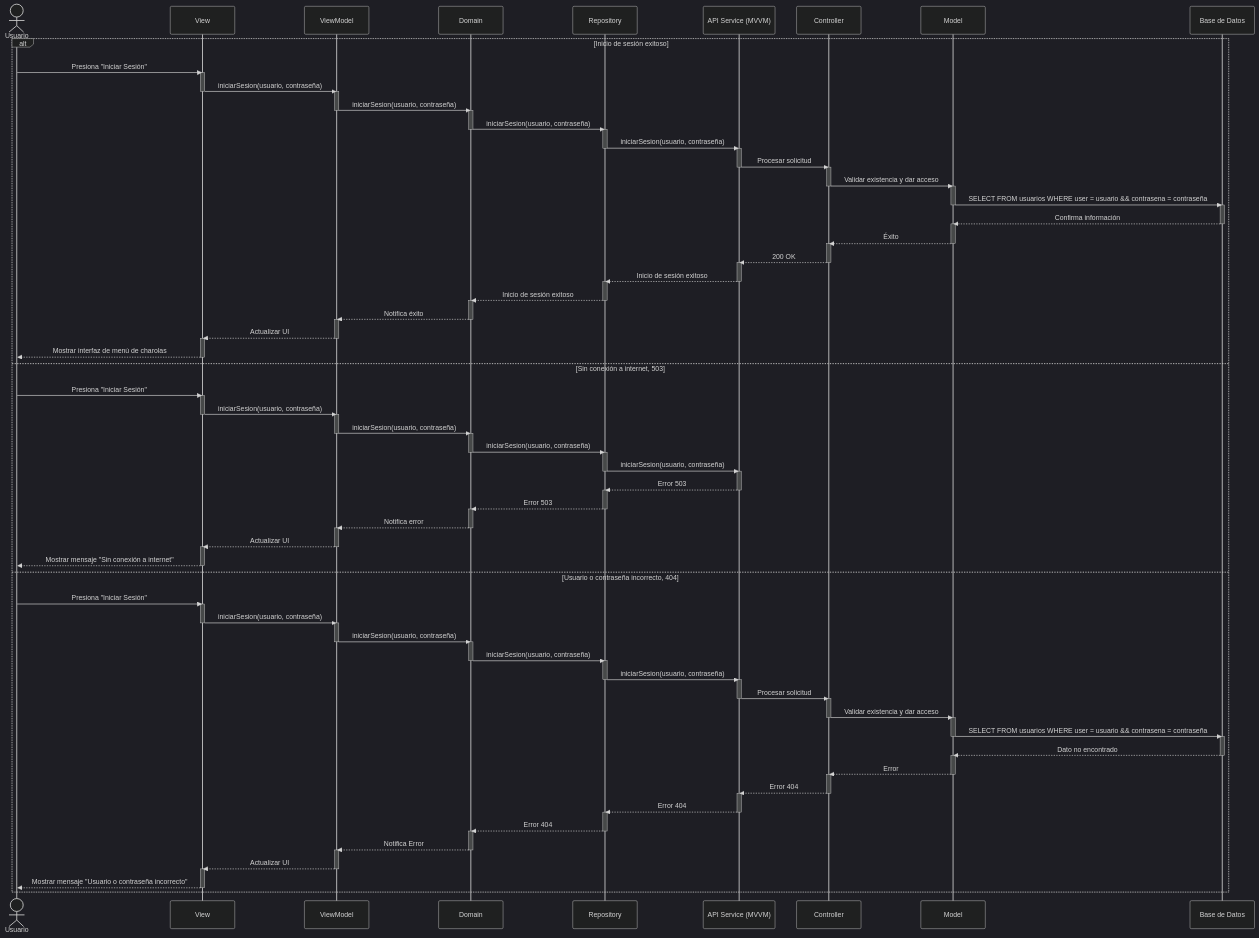
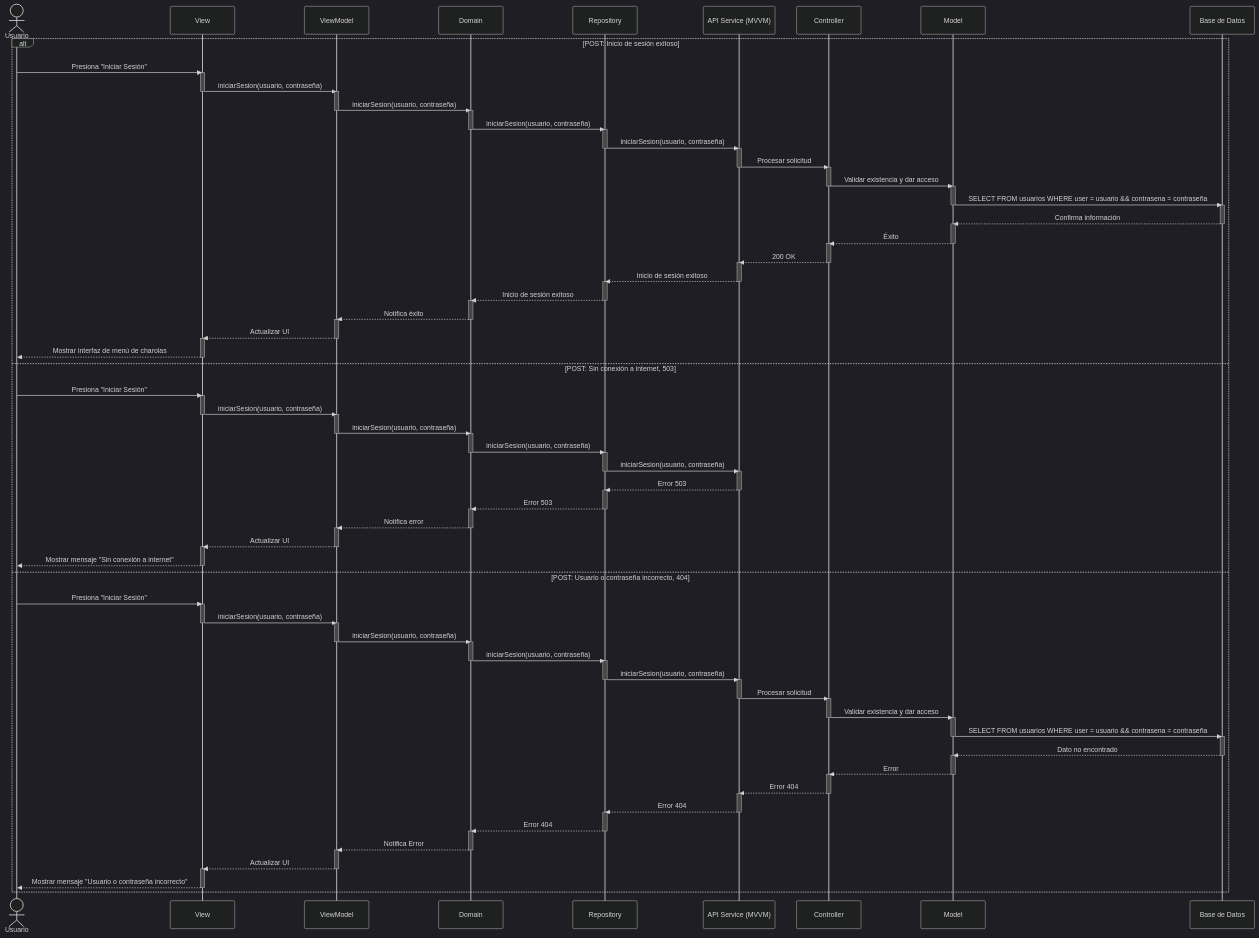
Before and after one commit to CodeAnd-Co/Documentacion: the diagram in documentation/docs/proyectos/larvas/documentacion/requisitos/RF1.md, drawn with Mermaid (dark theme).

Commit message:
Agregado método HTTP al diagrama

```diff
--- a/documentation/docs/proyectos/larvas/documentacion/requisitos/RF1.md
+++ b/documentation/docs/proyectos/larvas/documentacion/requisitos/RF1.md
@@ -34,7 +34,7 @@
     participant Model as Model
     participant Database as Base de Datos
 
-    alt Inicio de sesión exitoso
+    alt POST: Inicio de sesión exitoso
         Usuario->>View: Presiona "Iniciar Sesión"
         activate View
 
@@ -96,7 +96,7 @@
 
         View-->>Usuario: Mostrar interfaz de menú de charolas
         deactivate View
-    else Sin conexión a internet, 503
+    else POST: Sin conexión a internet, 503
         Usuario->>View: Presiona "Iniciar Sesión"
         activate View
 
@@ -135,7 +135,7 @@
         View-->>Usuario: Mostrar mensaje "Sin conexión a internet"
         deactivate View
         
-    else Usuario o contraseña incorrecto, 404
+    else POST: Usuario o contraseña incorrecto, 404
         Usuario->>View: Presiona "Iniciar Sesión"
         activate View
 
```
